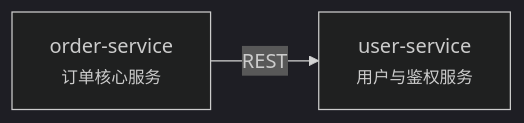
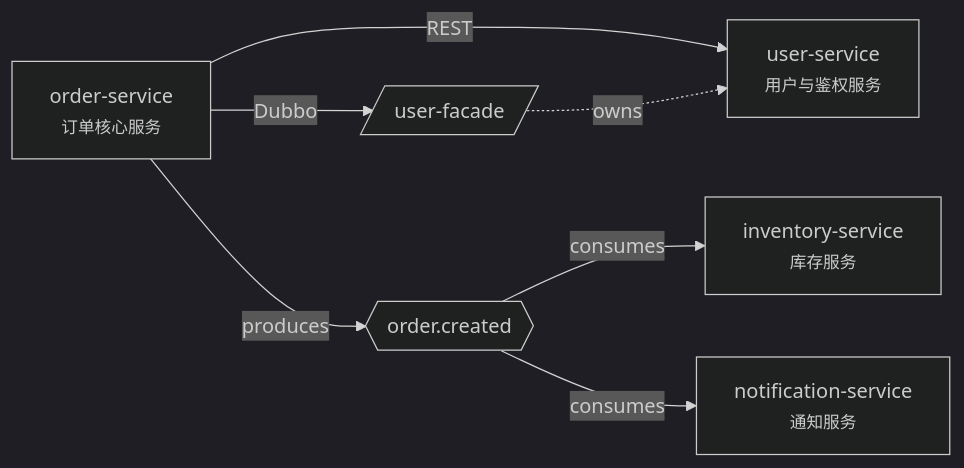
One commit to syuan217/vibe-kit changed the diagram in docs/service-graph.md. Above: the diagram before and after it, drawn with Mermaid (dark theme). The commit also changed other lines of this file and 2 other files, not shown here.

Commit message:
feat(registry): 依赖图渲染 topic(六边形)与 facade(平行四边形)节点

````diff
--- a/docs/service-graph.md
+++ b/docs/service-graph.md
@@ -5,6 +6,15 @@
 ```mermaid
 graph LR
-  order_service["order-service<br/><small>订单核心服务</small>"]
-  user_service["user-service<br/><small>用户与鉴权服务</small>"]
-  order_service -->|REST| user_service
+  s_order_service["order-service<br/><small>订单核心服务</small>"]
+  s_user_service["user-service<br/><small>用户与鉴权服务</small>"]
+  s_inventory_service["inventory-service<br/><small>库存服务</small>"]
+  s_notification_service["notification-service<br/><small>通知服务</small>"]
+  s_order_service -->|REST| s_user_service
+  t_order_created{{"order.created"}}
+  s_order_service -->|produces| t_order_created
+  t_order_created -->|consumes| s_inventory_service
+  t_order_created -->|consumes| s_notification_service
+  f_user_facade[/"user-facade"/]
+  f_user_facade -.owns.-> s_user_service
+  s_order_service -->|Dubbo| f_user_facade
 ```
````
